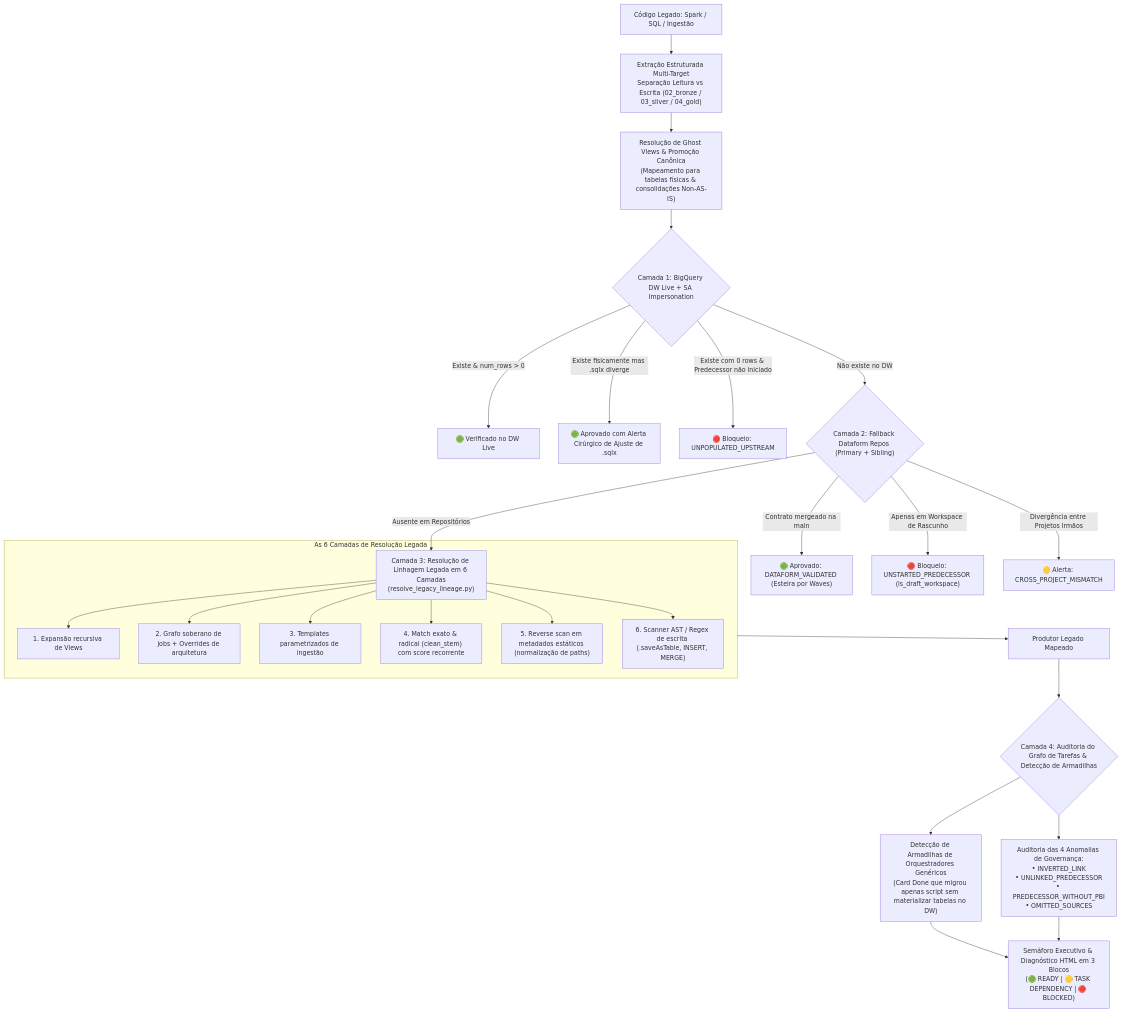
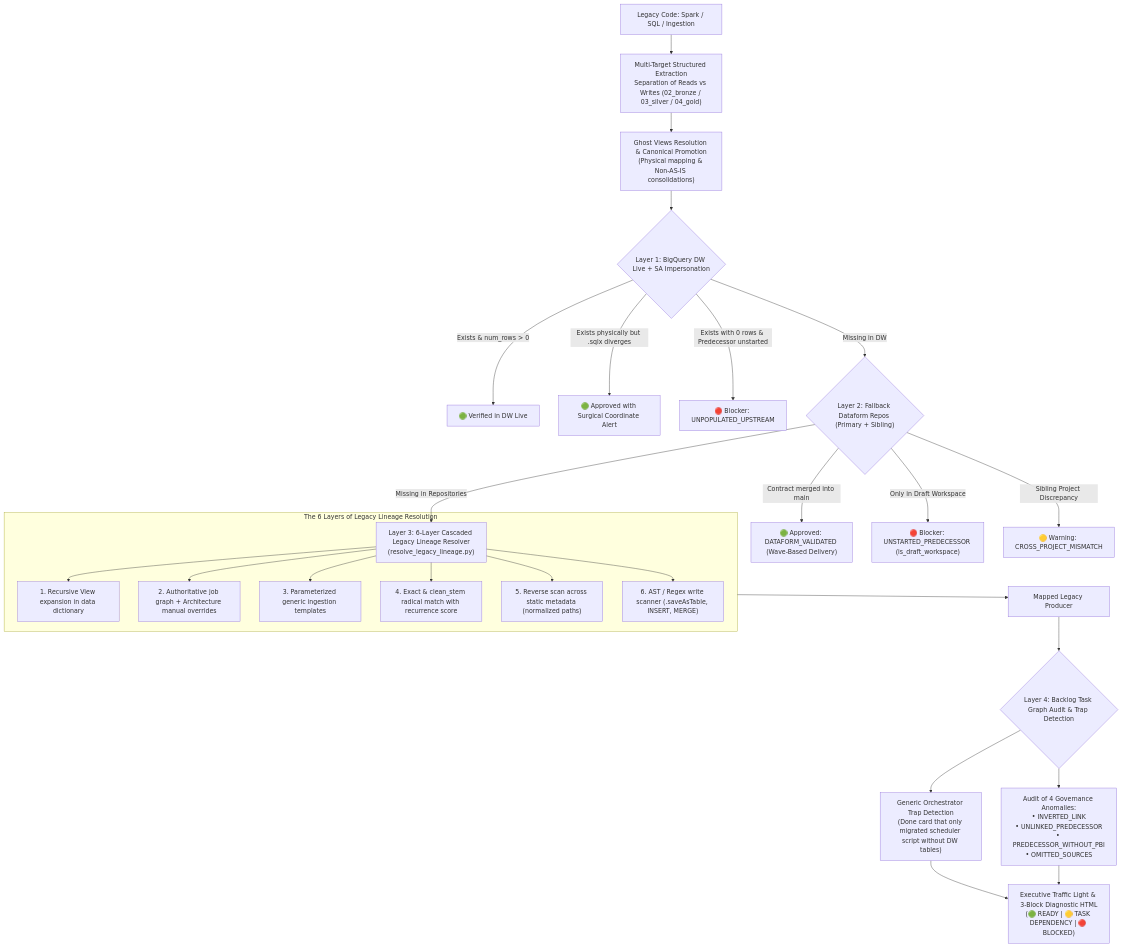
The diagram in skills/data-lineage-upstream-validator/SKILL.md (mvsimao/agent-skills), drawn with Mermaid before and after one commit. The commit also changed other lines of this file and 9 other files, not shown here.

````diff
--- a/skills/data-lineage-upstream-validator/SKILL.md
+++ b/skills/data-lineage-upstream-validator/SKILL.md
@@ -15,32 +15,32 @@
 ```mermaid
 flowchart TD
-    LEG["Código Legado: Spark / SQL / Ingestão"] --> EXTRACT["Extração Estruturada Multi-Target\nSeparação Leitura vs Escrita (02_bronze / 03_silver / 04_gold)"]
-    EXTRACT --> GHOST["Resolução de Ghost Views & Promoção Canônica\n(Mapeamento para tabelas físicas & consolidações Non-AS-IS)"]
+    LEG["Legacy Code: Spark / SQL / Ingestion"] --> EXTRACT["Multi-Target Structured Extraction\nSeparation of Reads vs Writes (02_bronze / 03_silver / 04_gold)"]
+    EXTRACT --> GHOST["Ghost Views Resolution & Canonical Promotion\n(Physical mapping & Non-AS-IS consolidations)"]
 
-    GHOST --> C1{"Camada 1: BigQuery DW Live + SA Impersonation"}
-    C1 -->|Existe & num_rows > 0| LIVE_OK["🟢 Verificado no DW Live"]
-    C1 -->|Existe fisicamente mas .sqlx diverge| ALRT["🟢 Aprovado com Alerta Cirúrgico de Ajuste de .sqlx"]
-    C1 -->|Existe com 0 rows & Predecessor não iniciado| B_UNPOP["🔴 Bloqueio: UNPOPULATED_UPSTREAM"]
-    C1 -->|Não existe no DW| C2{"Camada 2: Fallback Dataform Repos (Primary + Sibling)"}
+    GHOST --> C1{"Layer 1: BigQuery DW Live + SA Impersonation"}
+    C1 -->|Exists & num_rows > 0| LIVE_OK["🟢 Verified in DW Live"]
+    C1 -->|Exists physically but .sqlx diverges| ALRT["🟢 Approved with Surgical Coordinate Alert"]
+    C1 -->|Exists with 0 rows & Predecessor unstarted| B_UNPOP["🔴 Blocker: UNPOPULATED_UPSTREAM"]
+    C1 -->|Missing in DW| C2{"Layer 2: Fallback Dataform Repos (Primary + Sibling)"}
 
-    C2 -->|Contrato mergeado na main| DF_OK["🟢 Aprovado: DATAFORM_VALIDATED (Esteira por Waves)"]
-    C2 -->|Apenas em Workspace de Rascunho| B_DRAFT["🔴 Bloqueio: UNSTARTED_PREDECESSOR (is_draft_workspace)"]
-    C2 -->|Divergência entre Projetos Irmãos| W_CROSS["🟡 Alerta: CROSS_PROJECT_MISMATCH"]
-    C2 -->|Ausente em Repositórios| C3["Camada 3: Resolução de Linhagem Legada em 6 Camadas\n(resolve_legacy_lineage.py)"]
+    C2 -->|Contract merged into main| DF_OK["🟢 Approved: DATAFORM_VALIDATED (Wave-Based Delivery)"]
+    C2 -->|Only in Draft Workspace| B_DRAFT["🔴 Blocker: UNSTARTED_PREDECESSOR (is_draft_workspace)"]
+    C2 -->|Sibling Project Discrepancy| W_CROSS["🟡 Warning: CROSS_PROJECT_MISMATCH"]
+    C2 -->|Missing in Repositories| C3["Layer 3: 6-Layer Cascaded Legacy Lineage Resolver\n(resolve_legacy_lineage.py)"]
 
-    subgraph L6["As 6 Camadas de Resolução Legada"]
-        C3 --> L1["1. Expansão recursiva de Views"]
-        C3 --> L2["2. Grafo soberano de jobs + Overrides de arquitetura"]
-        C3 --> L3["3. Templates parametrizados de ingestão"]
-        C3 --> L4["4. Match exato & radical (clean_stem) com score recorrente"]
-        C3 --> L5["5. Reverse scan em metadados estáticos (normalização de paths)"]
-        C3 --> L6A["6. Scanner AST / Regex de escrita (.saveAsTable, INSERT, MERGE)"]
+    subgraph L6["The 6 Layers of Legacy Lineage Resolution"]
+        C3 --> L1["1. Recursive View expansion in data dictionary"]
+        C3 --> L2["2. Authoritative job graph + Architecture manual overrides"]
+        C3 --> L3["3. Parameterized generic ingestion templates"]
+        C3 --> L4["4. Exact & clean_stem radical match with recurrence score"]
+        C3 --> L5["5. Reverse scan across static metadata (normalized paths)"]
+        C3 --> L6A["6. AST / Regex write scanner (.saveAsTable, INSERT, MERGE)"]
     end
 
-    L6 --> DISCOVERED["Produtor Legado Mapeado"]
-    DISCOVERED --> C4{"Camada 4: Auditoria do Grafo de Tarefas & Detecção de Armadilhas"}
-    C4 --> DETECT_GEN["Detecção de Armadilhas de Orquestradores Genéricos\n(Card Done que migrou apenas script sem materializar tabelas no DW)"]
-    C4 --> DETECT_ANOM["Auditoria das 4 Anomalias de Governança:\n• INVERTED_LINK\n• UNLINKED_PREDECESSOR\n• PREDECESSOR_WITHOUT_PBI\n• OMITTED_SOURCES"]
+    L6 --> DISCOVERED["Mapped Legacy Producer"]
+    DISCOVERED --> C4{"Layer 4: Backlog Task Graph Audit & Trap Detection"}
+    C4 --> DETECT_GEN["Generic Orchestrator Trap Detection\n(Done card that only migrated scheduler script without DW tables)"]
+    C4 --> DETECT_ANOM["Audit of 4 Governance Anomalies:\n• INVERTED_LINK\n• UNLINKED_PREDECESSOR\n• PREDECESSOR_WITHOUT_PBI\n• OMITTED_SOURCES"]
 
-    DETECT_GEN & DETECT_ANOM --> SEMAPHORE["Semáforo Executivo & Diagnóstico HTML em 3 Blocos\n(🟢 READY | 🟡 TASK DEPENDENCY | 🔴 BLOCKED)"]
+    DETECT_GEN & DETECT_ANOM --> SEMAPHORE["Executive Traffic Light & 3-Block Diagnostic HTML\n(🟢 READY | 🟡 TASK DEPENDENCY | 🔴 BLOCKED)"]
 ```
````
